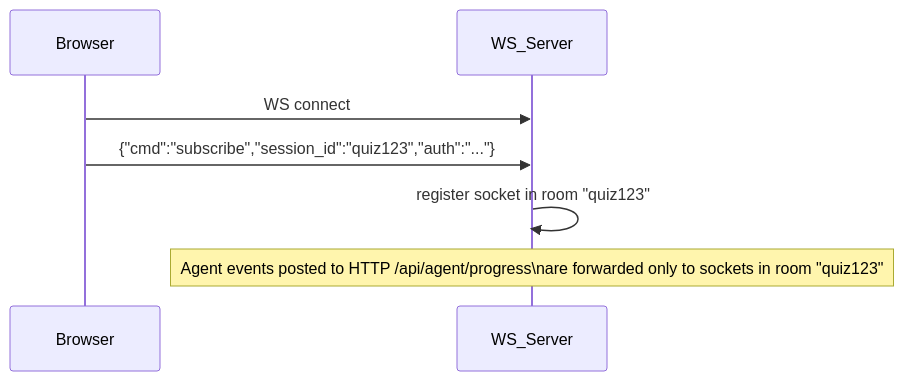
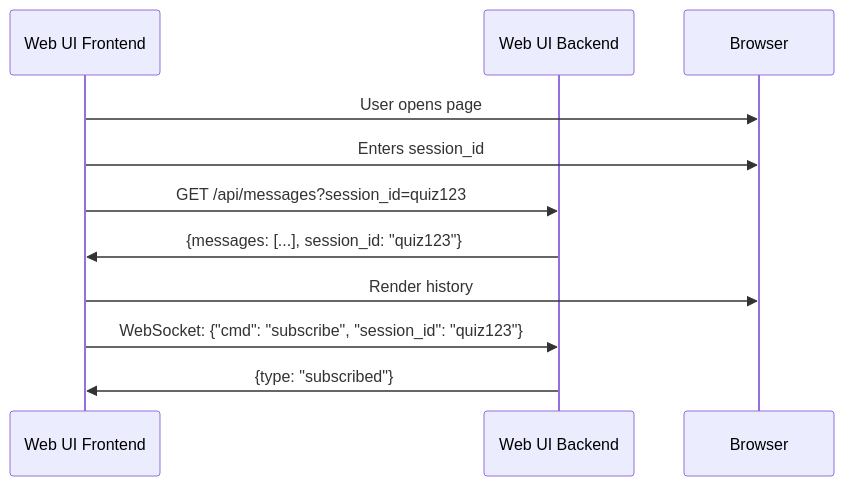
The third of 3 diagrams in plan/new_arhitecture.md (Lifelong-Learning-Assisttant/agent_service), drawn with Mermaid before and after one commit. The commit also changed other lines of this file and 1 other file, not shown here.

First line of the commit message:
docs(architecture): переход к модульной архитектуре Web UI с разделением на Backend (FastAPI) и Frontend (NiceGUI).

````diff
--- a/plan/new_arhitecture.md
+++ b/plan/new_arhitecture.md
@@ -105,9 +87,14 @@
 ```mermaid
 sequenceDiagram
-  participant Browser
-  participant WS_Server
-  Browser->>WS_Server: WS connect
-  Browser->>WS_Server: {"cmd":"subscribe","session_id":"quiz123","auth":"..."}
-  WS_Server->>WS_Server: register socket in room "quiz123"
-  Note over WS_Server: Agent events posted to HTTP /api/agent/progress\nare forwarded only to sockets in room "quiz123"
+    participant Frontend as Web UI Frontend
+    participant Backend as Web UI Backend
+    participant User as Browser
+
+    Frontend->>User: User opens page
+    Frontend->>User: Enters session_id
+    Frontend->>Backend: GET /api/messages?session_id=quiz123
+    Backend->>Frontend: {messages: [...], session_id: "quiz123"}
+    Frontend->>User: Render history
+    Frontend->>Backend: WebSocket: {"cmd": "subscribe", "session_id": "quiz123"}
+    Backend->>Frontend: {type: "subscribed"}
 ```
````
